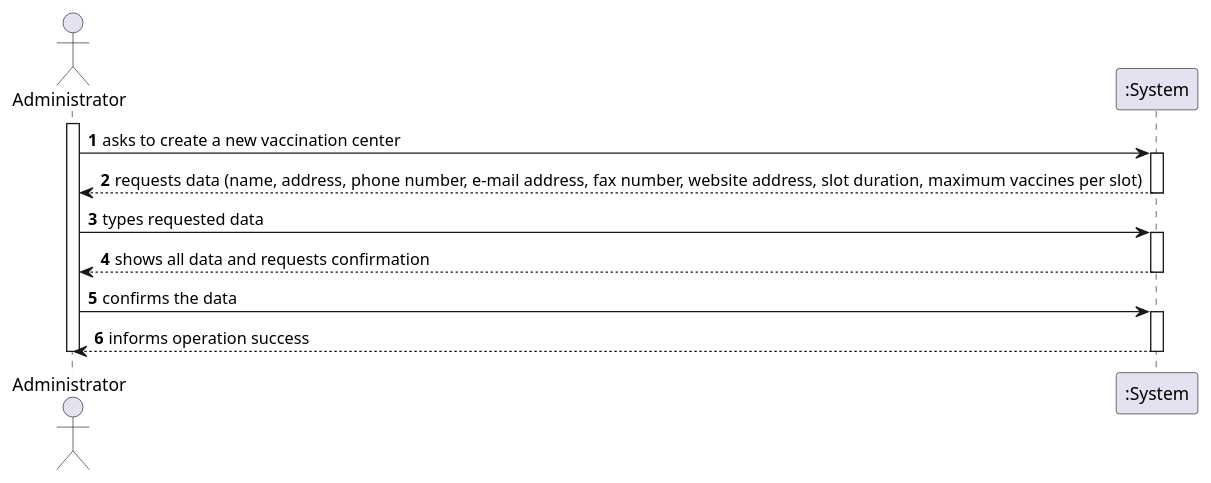
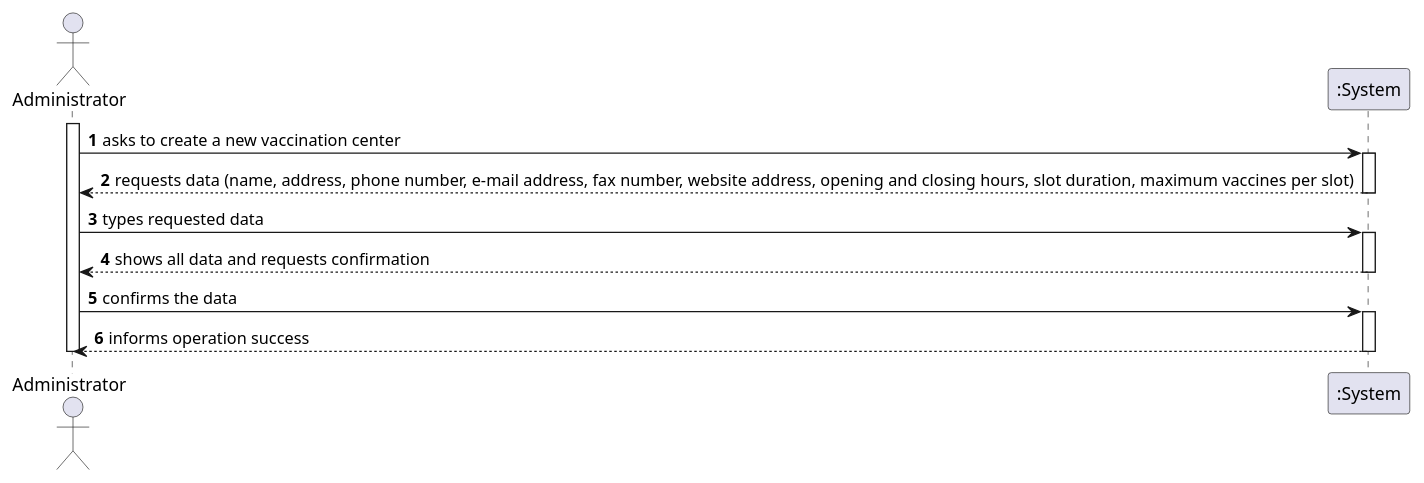
The diagram in docs/SprintB/US09/SSD/US09_SSD.puml (miseEnPlace-i/lapr2), drawn with PlantUML before and after one commit. The commit also changed 2 other files, not shown here.

```diff
--- a/docs/SprintB/US09/SSD/US09_SSD.puml
+++ b/docs/SprintB/US09/SSD/US09_SSD.puml
@@ -1,24 +1,24 @@
 @startuml US09_SSD
 autonumber
 actor "Administrator" as Administrator
 
 activate Administrator
 Administrator -> ":System" : asks to create a new vaccination center
 activate ":System"
-":System" --> Administrator : requests data (name, address, phone number, e-mail address, fax number, website address, slot duration, maximum vaccines per slot)
+":System" --> Administrator : requests data (name, address, phone number, e-mail address, fax number, website address, opening and closing hours, slot duration, maximum vaccines per slot)
 deactivate ":System"
 
 Administrator -> ":System" : types requested data
 activate ":System"
 
 ":System" --> Administrator : shows all data and requests confirmation
 deactivate ":System"
 
 Administrator -> ":System" : confirms the data
 activate ":System"
 ":System" -->Administrator : informs operation success
 deactivate ":System"
 
 deactivate Administrator
 
 @enduml
```
